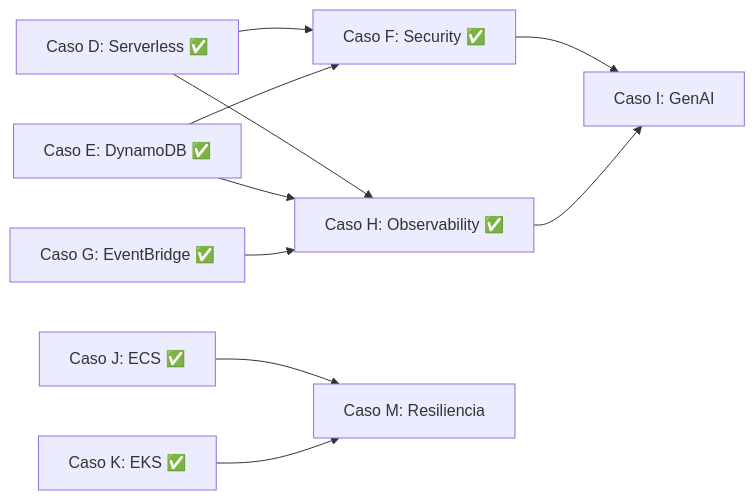
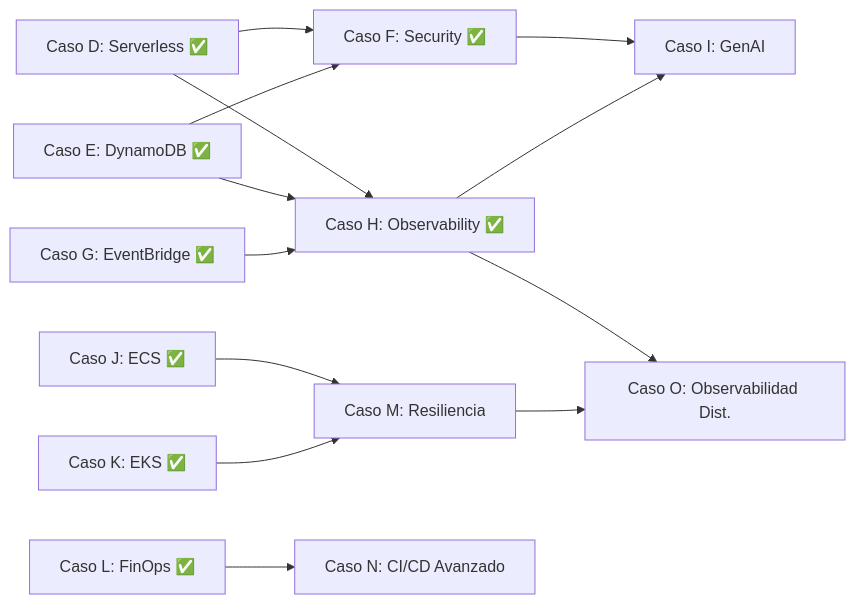
The diagram in docs/PROYECTADOS_ANALISIS.md (vladimiracunadev-create/proyectos-aws), drawn with Mermaid before and after one commit. The commit also changed other lines of this file and 6 other files, not shown here.

First line of the commit message:
feat(docs): add Caso N/O, fix diagrams, add simulacro info to cert files

````diff
--- a/docs/PROYECTADOS_ANALISIS.md
+++ b/docs/PROYECTADOS_ANALISIS.md
@@ -108,12 +110,15 @@
 ```mermaid
 graph LR
     D[Caso D: Serverless ✅] --> F[Caso F: Security ✅]
     E[Caso E: DynamoDB ✅]  --> F
     D                       --> H[Caso H: Observability ✅]
     E                       --> H
     G[Caso G: EventBridge ✅] --> H
     J[Caso J: ECS ✅]       --> M[Caso M: Resiliencia]
     K[Caso K: EKS ✅]       --> M
     F                       --> I[Caso I: GenAI]
     H                       --> I
+    H                       --> O[Caso O: Observabilidad Dist.]
+    M                       --> O
+    L[Caso L: FinOps ✅]    --> N[Caso N: CI/CD Avanzado]
 ```
````
